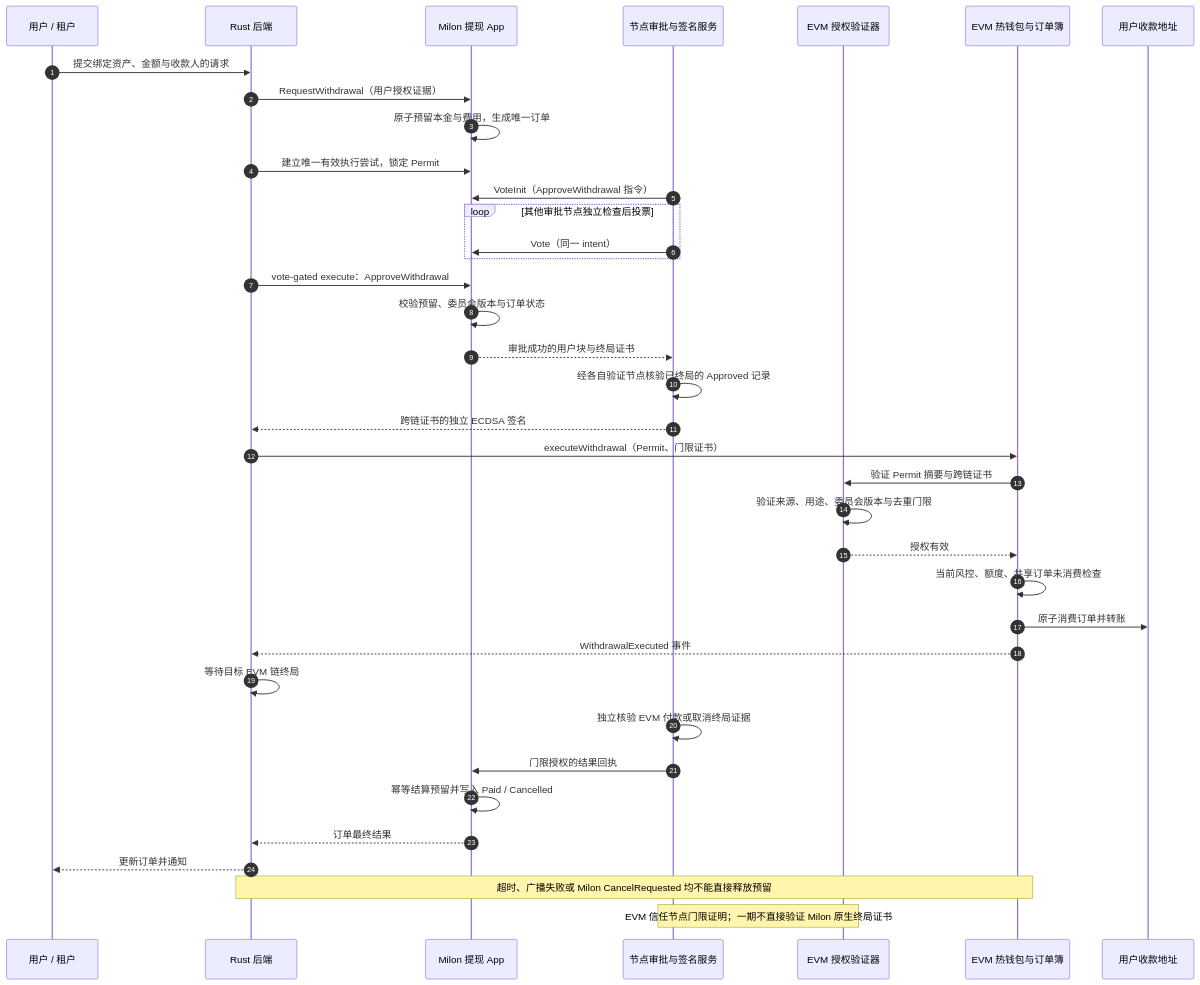
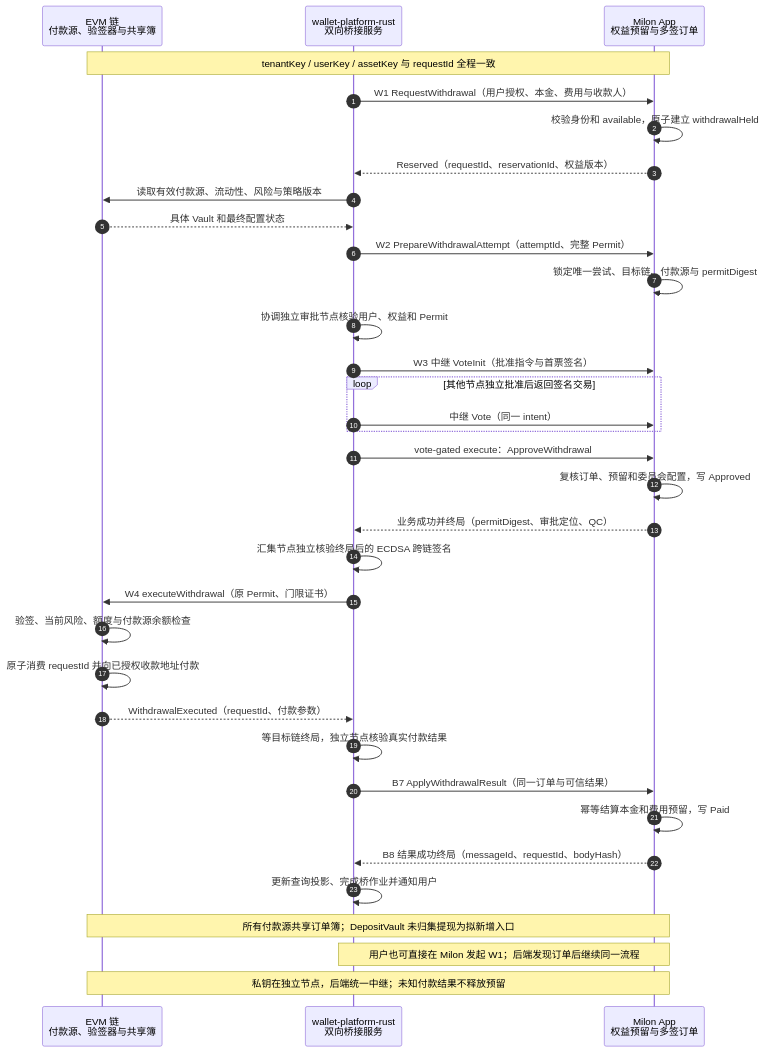
Before and after one commit to Alonoril/wallet-platform: the diagram in docs-v2/evm-wallet-platform-contract-design/20261011-milon-withdrawal-sequence.mmd, drawn with Mermaid. The commit also changed 13 other files, not shown here.

Commit message:
docs: connect EVM Rust Milon bridge flows

```diff
--- a/docs-v2/evm-wallet-platform-contract-design/20261011-milon-withdrawal-sequence.mmd
+++ b/docs-v2/evm-wallet-platform-contract-design/20261011-milon-withdrawal-sequence.mmd
@@ -1,39 +1,36 @@
 sequenceDiagram
     autonumber
-    participant U as 用户 / 租户
-    participant B as Rust 后端
-    participant M as Milon 提现 App
-    participant V as 节点审批与签名服务
-    participant A as EVM 授权验证器
-    participant H as EVM 热钱包与订单簿
-    participant R as 用户收款地址
+    participant E as EVM 链<br/>付款源、验签器与共享簿
+    participant R as wallet-platform-rust<br/>双向桥接服务
+    participant M as Milon App<br/>权益预留与多签订单
 
-    U->>B: 提交绑定资产、金额与收款人的请求
-    B->>M: RequestWithdrawal（用户授权证据）
-    M->>M: 原子预留本金与费用，生成唯一订单
-    B->>M: 建立唯一有效执行尝试，锁定 Permit
-    V->>M: VoteInit（ApproveWithdrawal 指令）
-    loop 其他审批节点独立检查后投票
-        V->>M: Vote（同一 intent）
+    Note over E,M: tenantKey / userKey / assetKey 与 requestId 全程一致
+    R->>M: W1 RequestWithdrawal（用户授权、本金、费用与收款人）
+    M->>M: 校验身份和 available，原子建立 withdrawalHeld
+    M-->>R: Reserved（requestId、reservationId、权益版本）
+    R->>E: 读取有效付款源、流动性、风险与策略版本
+    E-->>R: 具体 Vault 和最终配置状态
+    R->>M: W2 PrepareWithdrawalAttempt（attemptId、完整 Permit）
+    M->>M: 锁定唯一尝试、目标链、付款源与 permitDigest
+    R->>R: 协调独立审批节点核验用户、权益和 Permit
+    R->>M: W3 中继 VoteInit（批准指令与首票签名）
+    loop 其他节点独立批准后返回签名交易
+        R->>M: 中继 Vote（同一 intent）
     end
-    B->>M: vote-gated execute：ApproveWithdrawal
-    M->>M: 校验预留、委员会版本与订单状态
-    M-->>V: 审批成功的用户块与终局证书
-    V->>V: 经各自验证节点核验已终局的 Approved 记录
-    V-->>B: 跨链证书的独立 ECDSA 签名
-    B->>H: executeWithdrawal（Permit、门限证书）
-    H->>A: 验证 Permit 摘要与跨链证书
-    A->>A: 验证来源、用途、委员会版本与去重门限
-    A-->>H: 授权有效
-    H->>H: 当前风控、额度、共享订单未消费检查
-    H->>R: 原子消费订单并转账
-    H-->>B: WithdrawalExecuted 事件
-    B->>B: 等待目标 EVM 链终局
-    V->>V: 独立核验 EVM 付款或取消终局证据
-    V->>M: 门限授权的结果回执
-    M->>M: 幂等结算预留并写入 Paid / Cancelled
-    M-->>B: 订单最终结果
-    B-->>U: 更新订单并通知
+    R->>M: vote-gated execute：ApproveWithdrawal
+    M->>M: 复核订单、预留和委员会配置，写 Approved
+    M-->>R: 业务成功并终局（permitDigest、审批定位、QC）
+    R->>R: 汇集节点独立核验终局后的 ECDSA 跨链签名
+    R->>E: W4 executeWithdrawal（原 Permit、门限证书）
+    E->>E: 验签、当前风险、额度与付款源余额检查
+    E->>E: 原子消费 requestId 并向已授权收款地址付款
+    E-->>R: WithdrawalExecuted（requestId、付款参数）
+    R->>R: 等目标链终局，独立节点核验真实付款结果
+    R->>M: B7 ApplyWithdrawalResult（同一订单与可信结果）
+    M->>M: 幂等结算本金和费用预留，写 Paid
+    M-->>R: B8 结果成功终局（messageId、requestId、bodyHash）
+    R->>R: 更新查询投影、完成桥作业并通知用户
 
-    Note over B,H: 超时、广播失败或 Milon CancelRequested 均不能直接释放预留
-    Note over V,A: EVM 信任节点门限证明；一期不直接验证 Milon 原生终局证书
+    Note over E,M: 所有付款源共享订单簿；DepositVault 未归集提现为拟新增入口
+    Note over R,M: 用户也可直接在 Milon 发起 W1；后端发现订单后继续同一流程
+    Note over E,M: 私钥在独立节点，后端统一中继；未知付款结果不释放预留
```
